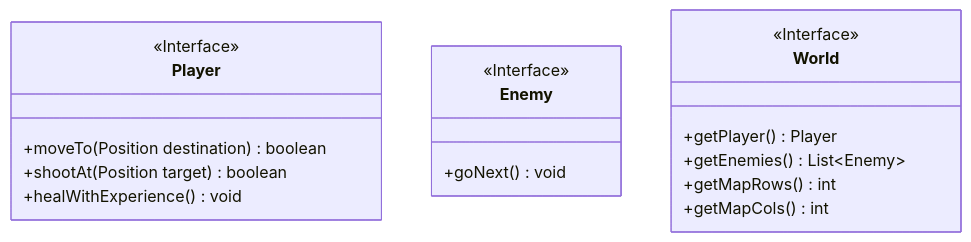
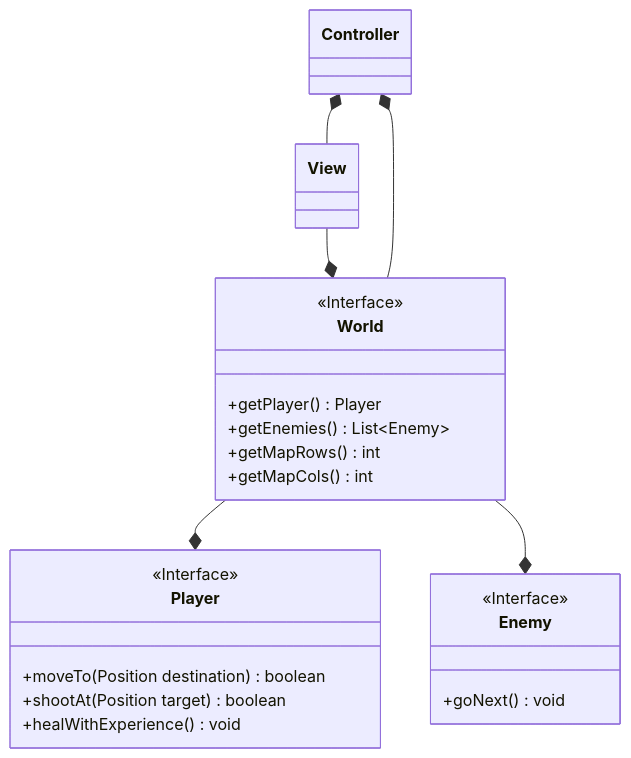
The diagram in report/diagrams/Analysis.md (thunderingmarmot/OOP23-objectonepiece), drawn with Mermaid before and after one commit.

Commit message:
Update Analysis.md
Analysis UML

````diff
--- a/report/diagrams/Analysis.md
+++ b/report/diagrams/Analysis.md
@@ -1,20 +1,29 @@
 ```mermaid
 classDiagram
 
 class Player
 <<Interface>> Player
+World --* Player
 Player : +moveTo(Position destination) boolean
 Player : +shootAt(Position target) boolean
 Player : +healWithExperience() void
 
 class Enemy
 <<Interface>> Enemy
+World --* Enemy
 Enemy : +goNext() void
 
 class World
 <<Interface>> World
+View --* World
 World : +getPlayer() Player
 World : +getEnemies() List~Enemy~
 World : +getMapRows() int
 World : +getMapCols() int
+
+class View
+
+class Controller
+Controller *-- World
+Controller *-- View
 ```
````
